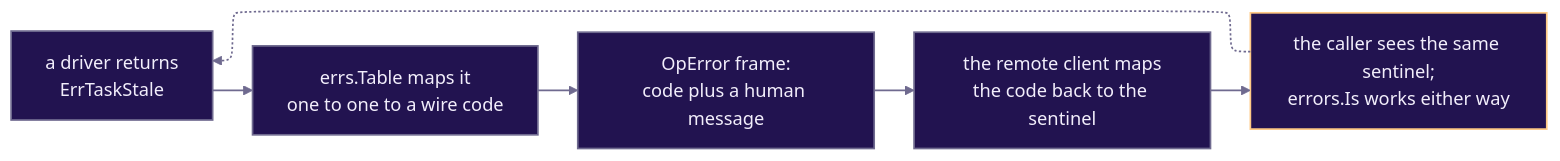
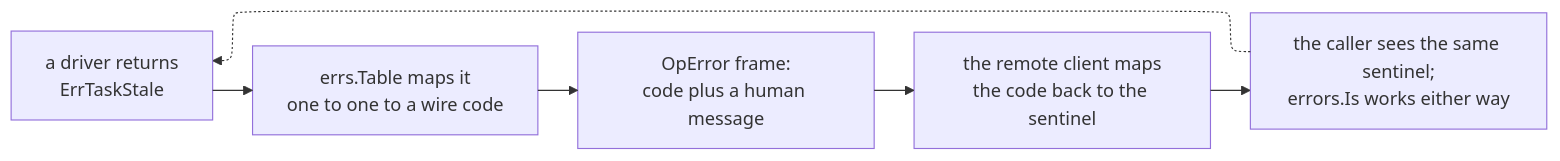
Diagram 15 of 15 in ARCHITECTURE.md (dmunish/mikyu), drawn with Mermaid before and after one commit. The commit also changed other lines of this file, not shown here.

Commit message:
[docs] ARCHITECTURE: remove theming

````diff
--- a/ARCHITECTURE.md
+++ b/ARCHITECTURE.md
@@ -811,31 +607,14 @@
 ```mermaid
 ---
 config:
   layout: elk
-  theme: base
   themeVariables:
-    background: "#170d44"
-    primaryColor: "#221350"
-    primaryBorderColor: "#6f6a8f"
-    primaryTextColor: "#f2eefb"
-    lineColor: "#6f6a8f"
-    textColor: "#a29dbd"
-    clusterBkg: "#170d44"
-    clusterBorder: "#3b2a5e"
-    edgeLabelBackground: "#170d44"
-    titleColor: "#f2eefb"
     fontFamily: "IBM Plex Mono, monospace"
 ---
 flowchart LR
     S["a driver returns<br/>ErrTaskStale"] --> T["errs.Table maps it<br/>one to one to a wire code"]
     T --> F["OpError frame:<br/>code plus a human message"]
     F --> D["the remote client maps<br/>the code back to the sentinel"]
     D --> R["the caller sees the same sentinel;<br/>errors.Is works either way"]
     R -.-> S
-
-    classDef step fill:#221350,stroke:#6f6a8f,color:#f2eefb,stroke-width:1.5px
-    classDef payoff fill:#221350,stroke:#ffca86,color:#f2eefb,stroke-width:1.5px
-    class S,T,F,D step
-    class R payoff
-    linkStyle default stroke:#6f6a8f,stroke-width:1.5px
 ```
````
